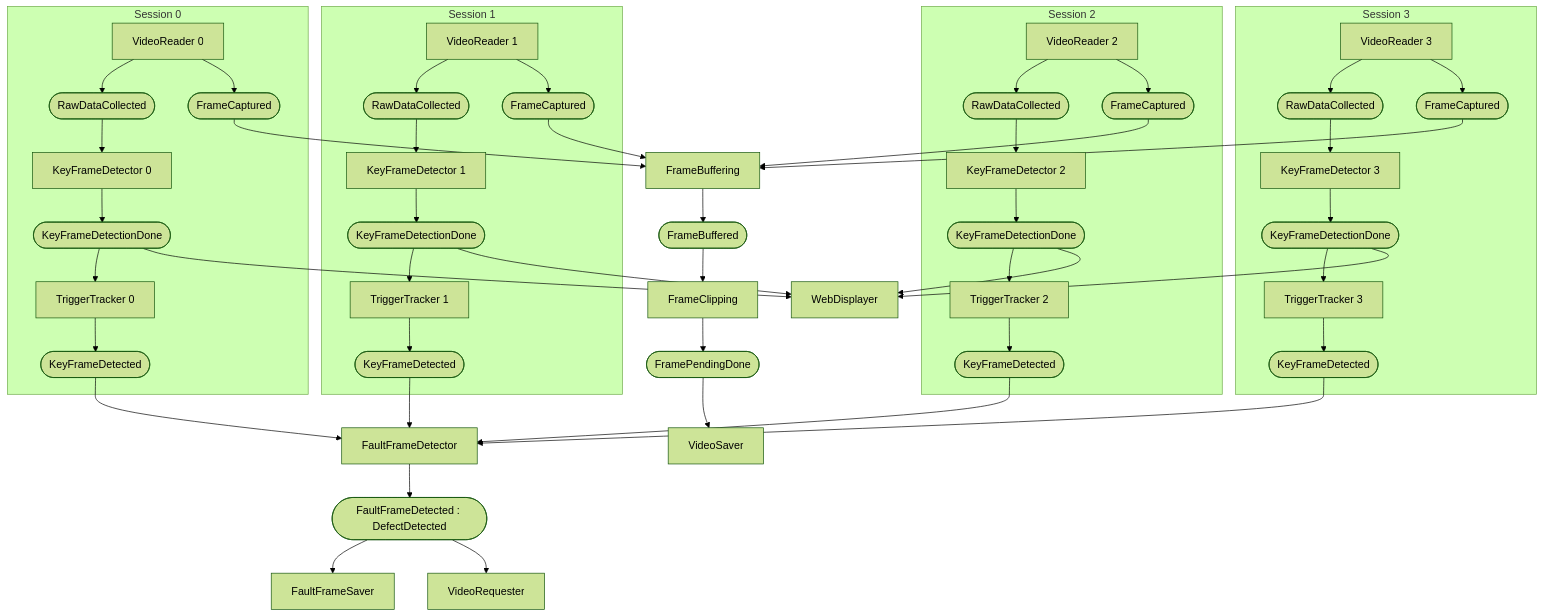
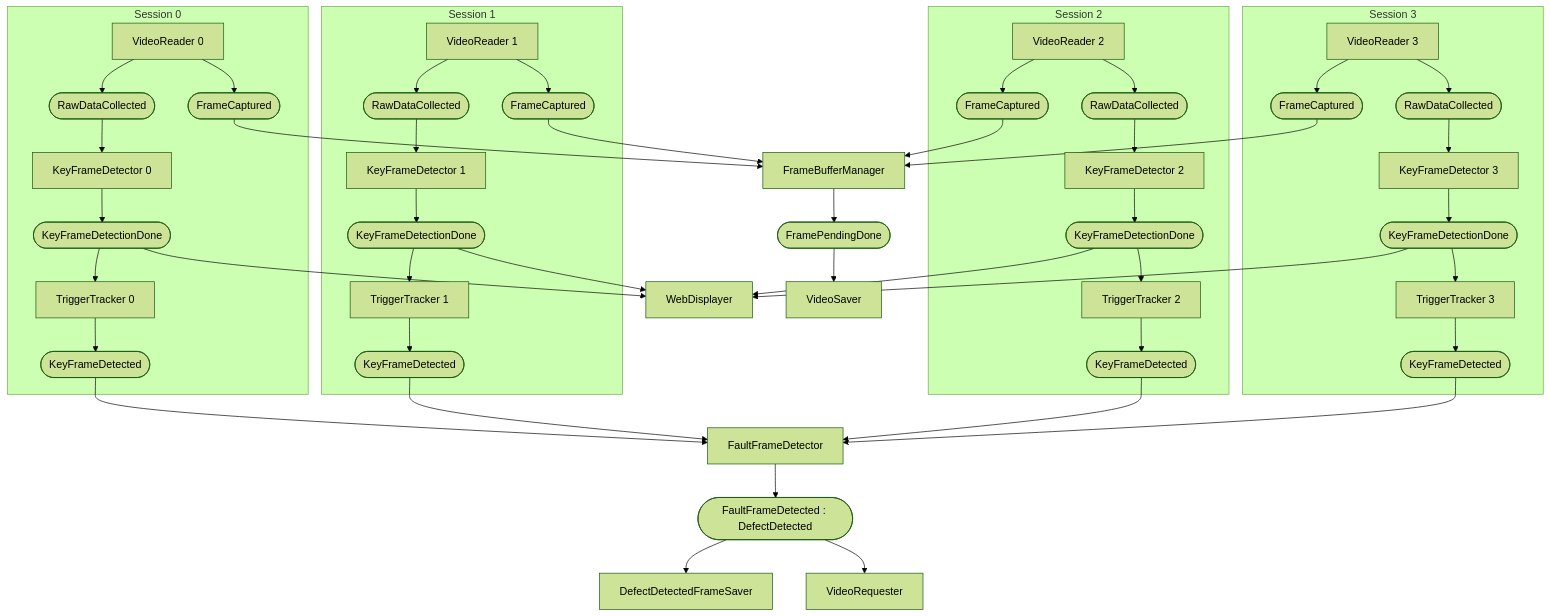
The diagram in examples/docs/flow.md (DLMATE/vnexis), drawn with Mermaid (forest theme) before and after one commit. The commit also changed 38 other files, not shown here.

````diff
--- a/examples/docs/flow.md
+++ b/examples/docs/flow.md
@@ -3,94 +3,90 @@
 ```mermaid
 graph TD
-    h15937f[FaultFrameDetector]
-    he0ccee[FaultFrameSaver]
-    he0ce3e[VideoRequester]
-    he0d0de[WebDisplayer]
-    he0c7ae[FrameBuffering]
-    he0cb9e[FrameClipping]
-    he0cf8e[VideoSaver]
+    hf7afdc[FaultFrameDetector]
+    hec655c[DefectDetectedFrameSaver]
+    hec6bec[VideoRequester]
+    hec6d3c[WebDisplayer]
+    hec66ac[FrameBufferManager]
+    hec6a9c[VideoSaver]
     ev3([FaultFrameDetected : DefectDetected])
-    ev5([FrameBuffered])
-    ev6([FramePendingDone])
+    ev5([FramePendingDone])
 
     subgraph "Session 0"
-        h1598bf[VideoReader 0]
-        h159b5f[KeyFrameDetector 0]
-        h159caf[TriggerTracker 0]
+        hec5ecc[VideoReader 0]
+        hf7b27c[KeyFrameDetector 0]
+        hf7b3cc[TriggerTracker 0]
         ev0([RawDataCollected])
         ev1([KeyFrameDetectionDone])
         ev2([KeyFrameDetected])
         ev4([FrameCaptured])
     end
     subgraph "Session 1"
-        h11617f[VideoReader 1]
-        h21a57f[KeyFrameDetector 1]
-        h21a7ff[TriggerTracker 1]
-        ev7([RawDataCollected])
-        ev8([KeyFrameDetectionDone])
-        ev9([KeyFrameDetected])
-        ev10([FrameCaptured])
+        he8a0ec[VideoReader 1]
+        hf8a86c[KeyFrameDetector 1]
+        hf8aaec[TriggerTracker 1]
+        ev6([RawDataCollected])
+        ev7([KeyFrameDetectionDone])
+        ev8([KeyFrameDetected])
+        ev9([FrameCaptured])
     end
     subgraph "Session 2"
-        h21abbf[VideoReader 2]
-        h21ae3f[KeyFrameDetector 2]
-        h21af7f[TriggerTracker 2]
-        ev11([RawDataCollected])
-        ev12([KeyFrameDetectionDone])
-        ev13([KeyFrameDetected])
-        ev14([FrameCaptured])
+        he8a5ec[VideoReader 2]
+        hf8ac2c[KeyFrameDetector 2]
+        hf8ad6c[TriggerTracker 2]
+        ev10([RawDataCollected])
+        ev11([KeyFrameDetectionDone])
+        ev12([KeyFrameDetected])
+        ev13([FrameCaptured])
     end
     subgraph "Session 3"
-        h1d7acf[VideoReader 3]
-        h1d7e5f[KeyFrameDetector 3]
-        h1d80bf[TriggerTracker 3]
-        ev15([RawDataCollected])
-        ev16([KeyFrameDetectionDone])
-        ev17([KeyFrameDetected])
-        ev18([FrameCaptured])
+        he23a6c[VideoReader 3]
+        h03c75d[KeyFrameDetector 3]
+        h03caed[TriggerTracker 3]
+        ev14([RawDataCollected])
+        ev15([KeyFrameDetectionDone])
+        ev16([KeyFrameDetected])
+        ev17([FrameCaptured])
     end
 
-    h1598bf --> ev0
-    ev0 --> h159b5f
-    h159b5f --> ev1
-    ev1 --> h159caf
-    ev1 --> he0d0de
-    h159caf --> ev2
-    ev2 --> h15937f
-    h15937f --> ev3
-    ev3 --> he0ccee
-    ev3 --> he0ce3e
-    h1598bf --> ev4
-    ev4 --> he0c7ae
-    he0c7ae --> ev5
-    ev5 --> he0cb9e
-    he0cb9e --> ev6
-    ev6 --> he0cf8e
-    h11617f --> ev7
-    ev7 --> h21a57f
-    h21a57f --> ev8
-    ev8 --> h21a7ff
-    ev8 --> he0d0de
-    h21a7ff --> ev9
-    ev9 --> h15937f
-    h11617f --> ev10
-    ev10 --> he0c7ae
-    h21abbf --> ev11
-    ev11 --> h21ae3f
-    h21ae3f --> ev12
-    ev12 --> h21af7f
-    ev12 --> he0d0de
-    h21af7f --> ev13
-    ev13 --> h15937f
-    h21abbf --> ev14
-    ev14 --> he0c7ae
-    h1d7acf --> ev15
-    ev15 --> h1d7e5f
-    h1d7e5f --> ev16
-    ev16 --> h1d80bf
-    ev16 --> he0d0de
-    h1d80bf --> ev17
-    ev17 --> h15937f
-    h1d7acf --> ev18
-    ev18 --> he0c7ae
+    hec5ecc --> ev0
+    ev0 --> hf7b27c
+    hf7b27c --> ev1
+    ev1 --> hf7b3cc
+    ev1 --> hec6d3c
+    hf7b3cc --> ev2
+    ev2 --> hf7afdc
+    hf7afdc --> ev3
+    ev3 --> hec655c
+    ev3 --> hec6bec
+    hec5ecc --> ev4
+    ev4 --> hec66ac
+    hec66ac --> ev5
+    ev5 --> hec6a9c
+    he8a0ec --> ev6
+    ev6 --> hf8a86c
+    hf8a86c --> ev7
+    ev7 --> hf8aaec
+    ev7 --> hec6d3c
+    hf8aaec --> ev8
+    ev8 --> hf7afdc
+    he8a0ec --> ev9
+    ev9 --> hec66ac
+    he8a5ec --> ev10
+    ev10 --> hf8ac2c
+    hf8ac2c --> ev11
+    ev11 --> hf8ad6c
+    ev11 --> hec6d3c
+    hf8ad6c --> ev12
+    ev12 --> hf7afdc
+    he8a5ec --> ev13
+    ev13 --> hec66ac
+    he23a6c --> ev14
+    ev14 --> h03c75d
+    h03c75d --> ev15
+    ev15 --> h03caed
+    ev15 --> hec6d3c
+    h03caed --> ev16
+    ev16 --> hf7afdc
+    he23a6c --> ev17
+    ev17 --> hec66ac
 ```
````
